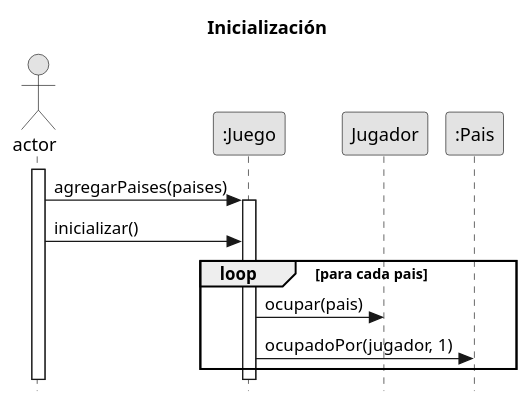
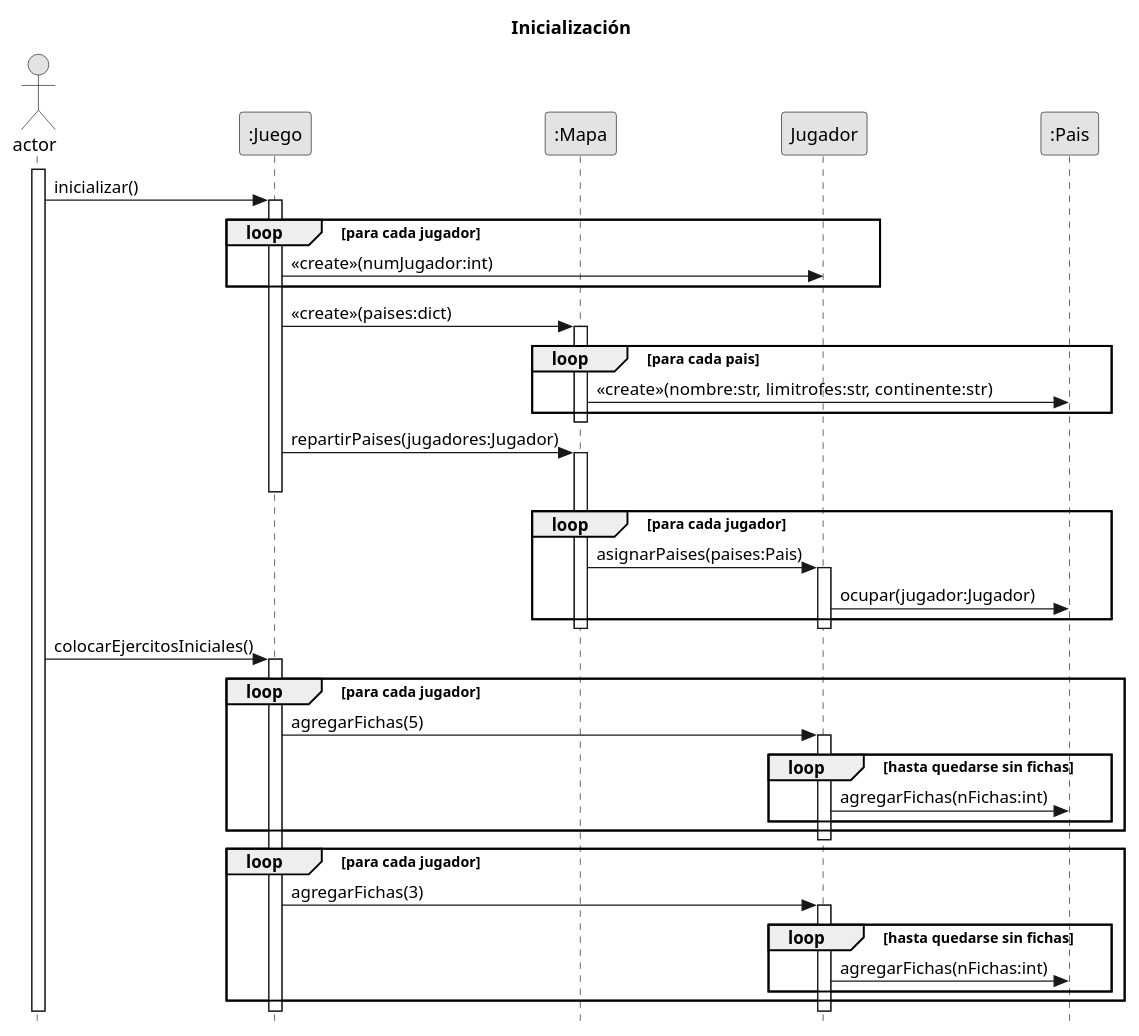
One commit to Gabrielsem/A.L.T.E.G.O. changed the diagram in UML/inicializacion.plantuml. Above: the diagram before and after it, drawn with PlantUML.

Commit message:
Diagrama de secuencia inicialización

```diff
--- a/UML/inicializacion.plantuml
+++ b/UML/inicializacion.plantuml
@@ -1,23 +1,78 @@
 @startuml
-title Inicialización
+/'title Inicialización
 skinparam responseMessageBelowArrow true
 skinparam monochrome true
 skinparam style strictuml
 hide footbox
 
 Actor actor
 participant juego as ":Juego"
 participant jug as "Jugador"
 participant pais as ":Pais"
 
 actor ++
 actor -> juego ++: agregarPaises(paises)
 
 actor -> juego: inicializar()
 
 loop para cada pais
     juego -> jug: ocupar(pais)
     juego -> pais: ocupadoPor(jugador, 1)
 end loop
+'/
+
+title Inicialización
+skinparam responseMessageBelowArrow true
+skinparam monochrome true
+skinparam style strictuml
+hide footbox
+
+Actor actor
+participant juego as ":Juego"
+participant mapa as ":Mapa"
+participant jug as "Jugador"
+participant pais as ":Pais"
+
+actor ++
+actor -> juego++: inicializar()
+
+loop para cada jugador
+    juego -> jug: <<create>>(numJugador:int)
+end loop
+
+juego -> mapa++: <<create>>(paises:dict)
+
+loop para cada pais
+    mapa -> pais: <<create>>(nombre:str, limitrofes:str, continente:str)
+end loop
+mapa--
+
+juego -> mapa++: repartirPaises(jugadores:Jugador)
+juego--
+
+loop para cada jugador
+    mapa -> jug++: asignarPaises(paises:Pais)
+    jug -> pais: ocupar(jugador:Jugador)
+end loop
+mapa--
+jug--
+
+actor -> juego++: colocarEjercitosIniciales()
+
+loop para cada jugador
+    juego -> jug++: agregarFichas(5)
+    loop hasta quedarse sin fichas
+        jug -> pais: agregarFichas(nFichas:int)
+    end loop
+end loop
+jug--
+
+loop para cada jugador
+    juego -> jug++: agregarFichas(3)
+    loop hasta quedarse sin fichas
+        jug -> pais: agregarFichas(nFichas:int)
+    end loop
+end loop
+
 
 @enduml
```
